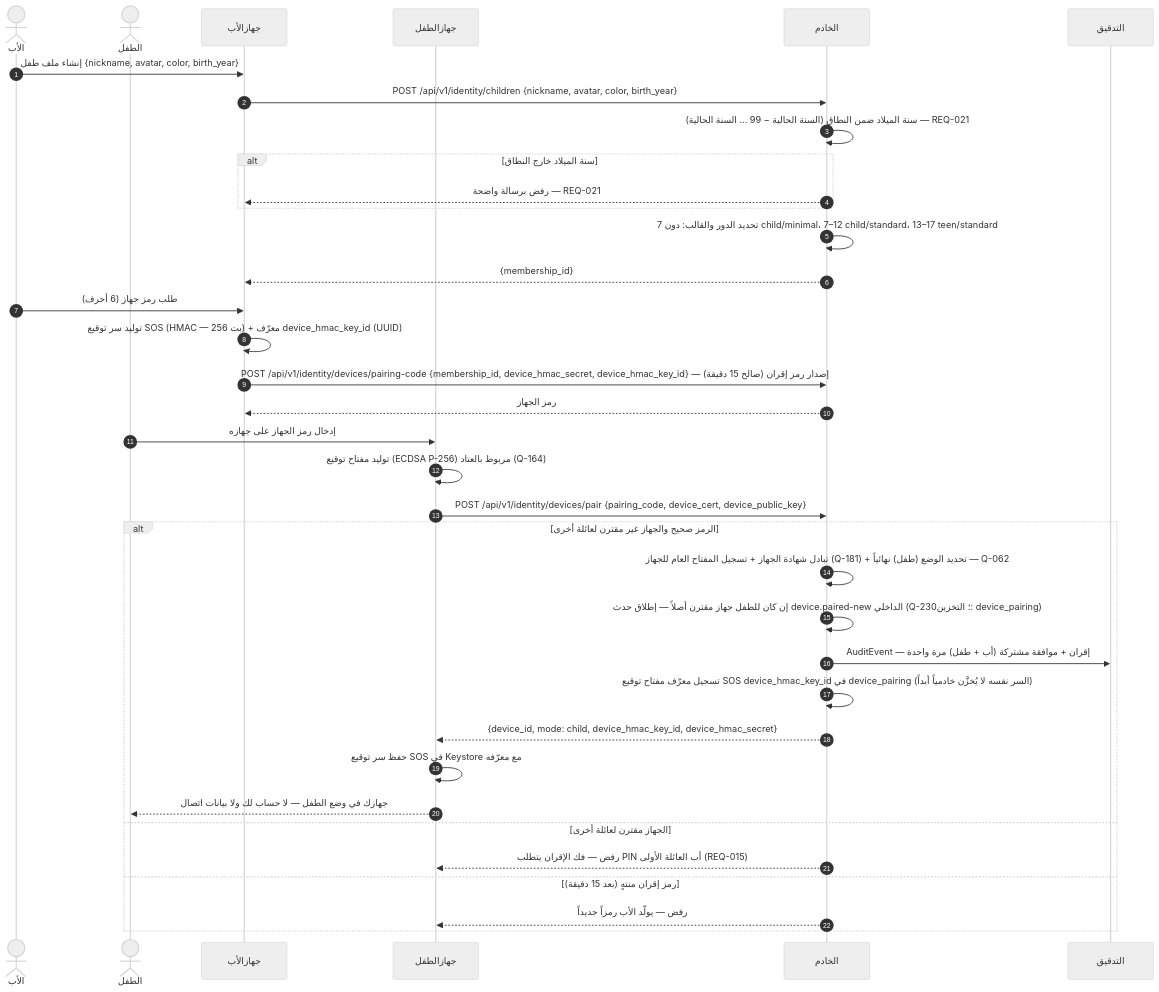
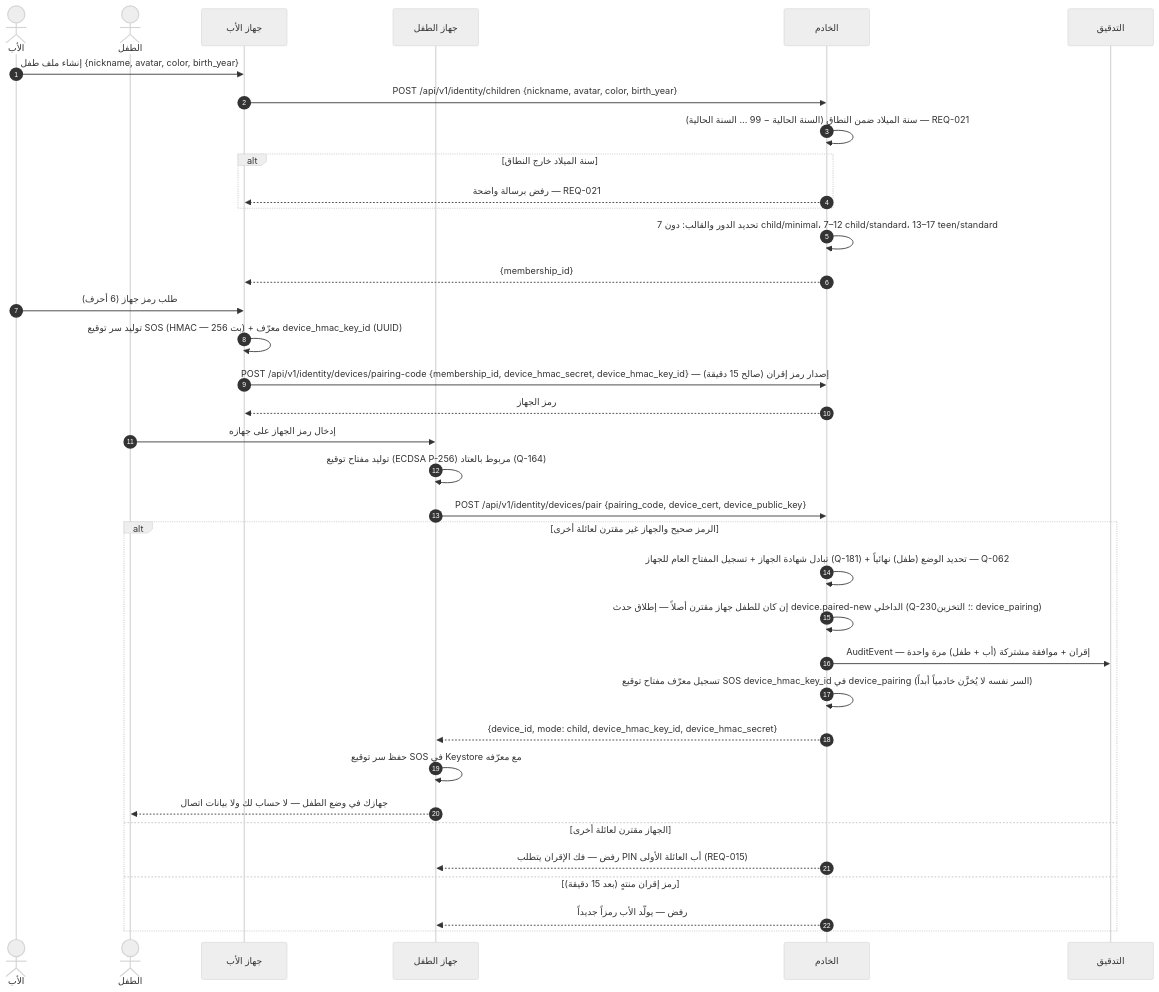
The sixth of 15 diagrams in docs/family-os/governance/phases/phase-1/S1-02-identity-and-onboarding/DIAGRAMS.md (Bassam-mohammed-alqaeadi/family-os-v2), drawn with Mermaid (neutral theme) before and after one commit. The commit also changed other lines of this file, not shown here.

Commit message:
S1-02 DIAGRAMS: إصلاحات D-2 — §6 Q-291 (حذف «مفتاح غائب» + الإلغاء من البالغ نفسه)؛ تدفق رابط البريد 3-ب/§4/§5 (REQ-023)؛ حذف حافة Adult غير المعلنة؛ رسم trusted-contact + GET recovery في 3-و؛ تسلسل 3-ي للمهمة اليومية (Q-189/Q-235/Q-256)؛ ترويسة + تباعد 3-د

````diff
--- a/docs/family-os/governance/phases/phase-1/S1-02-identity-and-onboarding/DIAGRAMS.md
+++ b/docs/family-os/governance/phases/phase-1/S1-02-identity-and-onboarding/DIAGRAMS.md
@@ -350,38 +350,38 @@
 ```mermaid
 sequenceDiagram
     autonumber
     actor Father as الأب
     actor Child as الطفل
-    participant ParentApp as جهازالأب
-    participant ChildApp as جهازالطفل
+    participant ParentApp as جهاز الأب
+    participant ChildApp as جهاز الطفل
     participant Ktor as الخادم
     participant Audit as التدقيق
     Father->>ParentApp: إنشاء ملف طفل {nickname, avatar, color, birth_year}
     ParentApp->>Ktor: POST /api/v1/identity/children {nickname, avatar, color, birth_year}
     Ktor->>Ktor: سنة الميلاد ضمن النطاق (السنة الحالية − 99 … السنة الحالية) — REQ-021
     alt سنة الميلاد خارج النطاق
         Ktor-->>ParentApp: رفض برسالة واضحة — REQ-021
     end
     Ktor->>Ktor: تحديد الدور والقالب: دون 7 child/minimal، 7–12 child/standard، 13–17 teen/standard
     Ktor-->>ParentApp: {membership_id}
     Father->>ParentApp: طلب رمز جهاز (6 أحرف)
     ParentApp->>ParentApp: توليد سر توقيع SOS (HMAC — 256 بت) + معرّف device_hmac_key_id (UUID)
     ParentApp->>Ktor: POST /api/v1/identity/devices/pairing-code {membership_id, device_hmac_secret, device_hmac_key_id} — إصدار رمز إقران (صالح 15 دقيقة)
     Ktor-->>ParentApp: رمز الجهاز
     Child->>ChildApp: إدخال رمز الجهاز على جهازه
     ChildApp->>ChildApp: توليد مفتاح توقيع (ECDSA P-256) مربوط بالعتاد (Q-164)
     ChildApp->>Ktor: POST /api/v1/identity/devices/pair {pairing_code, device_cert, device_public_key}
     alt الرمز صحيح والجهاز غير مقترن لعائلة أخرى
         Ktor->>Ktor: تبادل شهادة الجهاز + تسجيل المفتاح العام للجهاز (Q-181) + تحديد الوضع (طفل) نهائياً — Q-062
         Ktor->>Ktor: إن كان للطفل جهاز مقترن أصلاً — إطلاق حدث device.paired-new الداخلي (Q-230؛ التخزين: device_pairing)
         Ktor->>Audit: AuditEvent — إقران + موافقة مشتركة (أب + طفل) مرة واحدة
         Ktor->>Ktor: تسجيل معرّف مفتاح توقيع SOS device_hmac_key_id في device_pairing (السر نفسه لا يُخزَّن خادمياً أبداً)
         Ktor-->>ChildApp: {device_id, mode: child, device_hmac_key_id, device_hmac_secret}
         ChildApp->>ChildApp: حفظ سر توقيع SOS في Keystore مع معرّفه
         ChildApp-->>Child: جهازك في وضع الطفل — لا حساب لك ولا بيانات اتصال
     else الجهاز مقترن لعائلة أخرى
         Ktor-->>ChildApp: رفض — فك الإقران يتطلب PIN أب العائلة الأولى (REQ-015)
     else رمز إقران منتهٍ (بعد 15 دقيقة)
         Ktor-->>ChildApp: رفض — يولّد الأب رمزاً جديداً
     end
 ```
````
